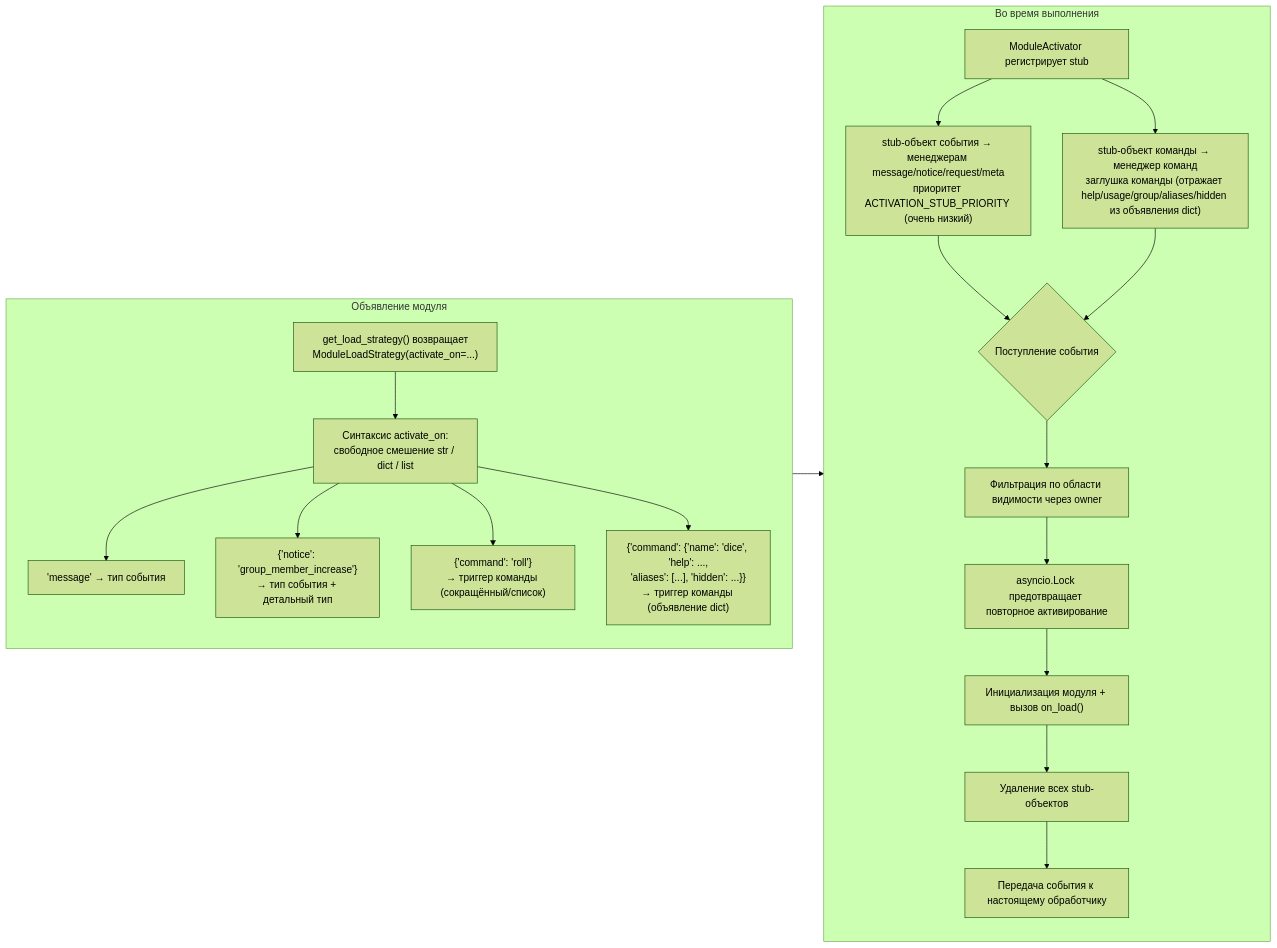
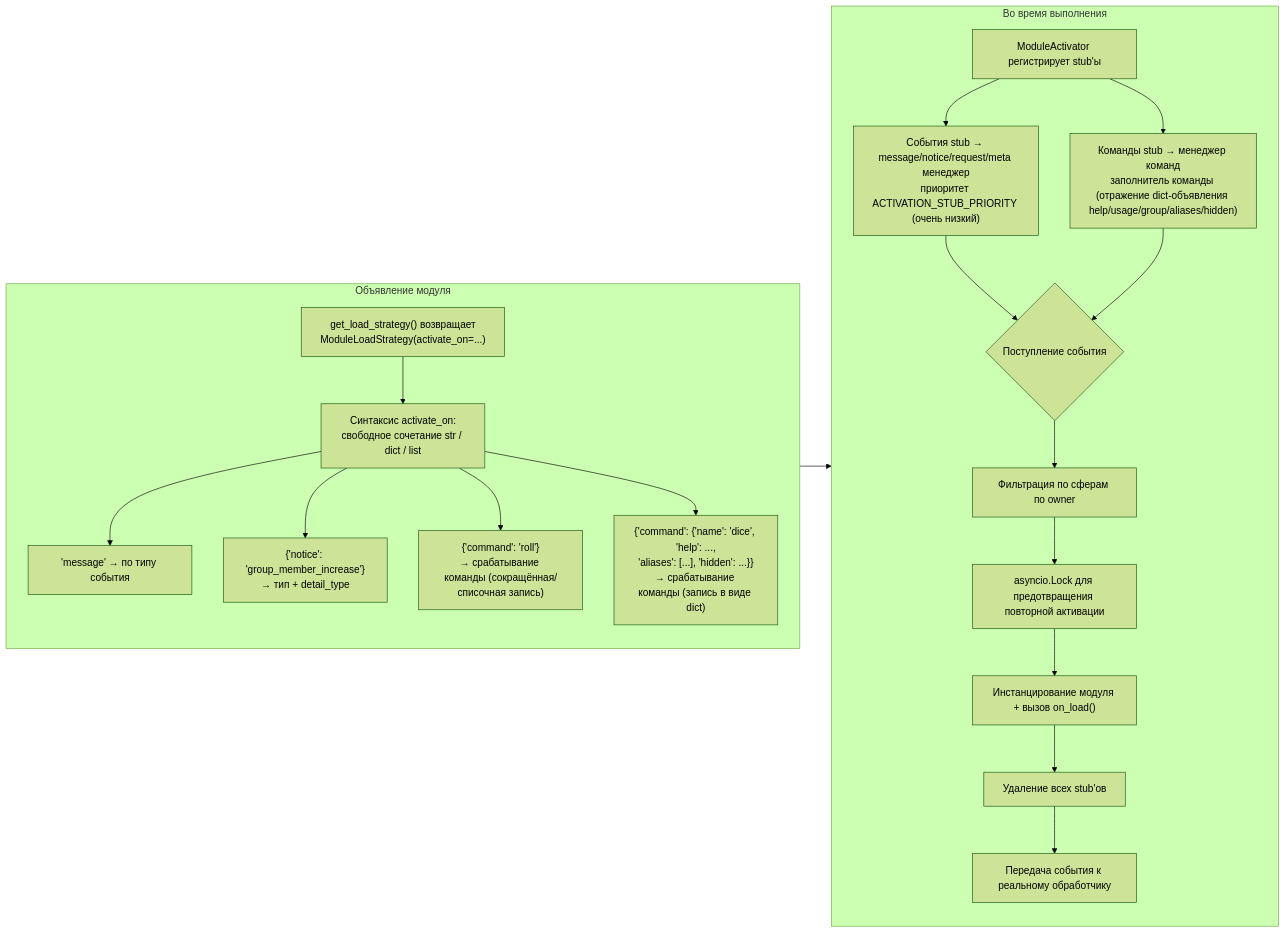
The seventh of 10 diagrams in docs/ru/architecture.md (ErisPulse/ErisPulse), drawn with Mermaid (forest theme) before and after one commit. The commit also changed other lines of this file and 828 other files, not shown here.

````diff
--- a/docs/ru/architecture.md
+++ b/docs/ru/architecture.md
@@ -221,24 +225,24 @@
 ```mermaid
 flowchart LR
     subgraph Declare["Объявление модуля"]
-        S1["get_load_strategy() возвращает<br/>ModuleLoadStrategy(activate_on=...)"] --> S2["Синтаксис activate_on:<br/>свободное смешение str / dict / list"]
-        S2 --> S2a["'message' → тип события"]
-        S2 --> S2b["{'notice': 'group_member_increase'}<br/>→ тип события + детальный тип"]
-        S2 --> S2c["{'command': 'roll'}<br/>→ триггер команды (сокращённый/список)"]
-        S2 --> S2d["{'command': {'name': 'dice', 'help': ...,<br/>'aliases': [...], 'hidden': ...}}<br/>→ триггер команды (объявление dict)"]
+        S1["get_load_strategy() возвращает<br/>ModuleLoadStrategy(activate_on=...)"] --> S2["Синтаксис activate_on:<br/>свободное сочетание str / dict / list"]
+        S2 --> S2a["'message' → по типу события"]
+        S2 --> S2b["{'notice': 'group_member_increase'}<br/>→ тип + detail_type"]
+        S2 --> S2c["{'command': 'roll'}<br/>→ срабатывание команды (сокращённая/списочная запись)"]
+        S2 --> S2d["{'command': {'name': 'dice', 'help': ...,<br/>'aliases': [...], 'hidden': ...}}<br/>→ срабатывание команды (запись в виде dict)"]
     end
 
     subgraph Runtime["Во время выполнения"]
-        R1["ModuleActivator регистрирует stub"] --> R1a["stub-объект события → менеджерам message/notice/request/meta<br/>приоритет ACTIVATION_STUB_PRIORITY (очень низкий)"]
-        R1 --> R1b["stub-объект команды → менеджер команд<br/>заглушка команды (отражает help/usage/group/aliases/hidden из объявления dict)"]
+        R1["ModuleActivator регистрирует stub'ы"] --> R1a["События stub → message/notice/request/meta менеджер<br/>приоритет ACTIVATION_STUB_PRIORITY (очень низкий)"]
+        R1 --> R1b["Команды stub → менеджер команд<br/>заполнитель команды (отражение dict-объявления help/usage/group/aliases/hidden)"]
         R1a --> R2{"Поступление события"}
         R1b --> R2
-        R2 --> R3["Фильтрация по области видимости через owner"]
-        R3 --> R4["asyncio.Lock предотвращает повторное активирование"]
-        R4 --> R5["Инициализация модуля + вызов on_load()"]
-        R5 --> R6["Удаление всех stub-объектов"]
-        R6 --> R7["Передача события к настоящему обработчику"]
+        R2 --> R3["Фильтрация по сферам по owner"]
+        R3 --> R4["asyncio.Lock для предотвращения повторной активации"]
+        R4 --> R5["Инстанцирование модуля + вызов on_load()"]
+        R5 --> R6["Удаление всех stub'ов"]
+        R6 --> R7["Передача события к реальному обработчику"]
     end
 
     Declare --> Runtime
 ```
````
